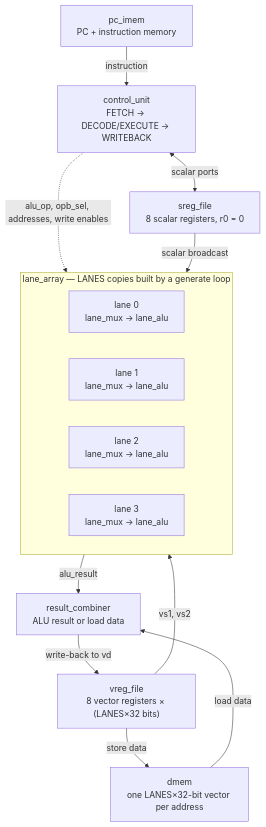
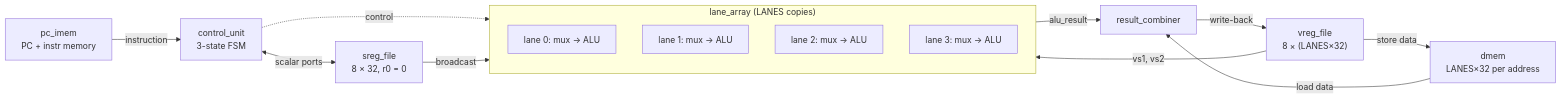
One commit to ChaitanyaSai-Meka/simd-vector-processing-unit changed the first of 2 diagrams in README.md. Above: the diagram before and after it, drawn with Mermaid.

Commit message:
docs(readme): fit architecture diagram on GitHub

````diff
--- a/README.md
+++ b/README.md
@@ -67,28 +67,21 @@
 ```mermaid
-flowchart TB
-    PC["pc_imem<br/>PC + instruction memory"]
-    CU["control_unit<br/>FETCH → DECODE/EXECUTE → WRITEBACK"]
-    SRF["sreg_file<br/>8 scalar registers, r0 = 0"]
-    VRF["vreg_file<br/>8 vector registers × (LANES×32 bits)"]
+flowchart LR
+    PC["pc_imem<br/>PC + instr memory"] -- "instruction" --> CU["control_unit<br/>3-state FSM"]
+    CU <-- "scalar ports" --> SRF["sreg_file<br/>8 × 32, r0 = 0"]
+    CU -. "control" .-> LA
+    VRF["vreg_file<br/>8 × (LANES×32)"] -- "vs1, vs2" --> LA
+    SRF -- "broadcast" --> LA
 
-    subgraph LA["lane_array — LANES copies built by a generate loop"]
-        direction LR
-        A0["lane 0<br/>lane_mux → lane_alu"]
-        A1["lane 1<br/>lane_mux → lane_alu"]
-        A2["lane 2<br/>lane_mux → lane_alu"]
-        A3["lane 3<br/>lane_mux → lane_alu"]
+    subgraph LA["lane_array (LANES copies)"]
+        direction TB
+        A0["lane 0: mux → ALU"]
+        A1["lane 1: mux → ALU"]
+        A2["lane 2: mux → ALU"]
+        A3["lane 3: mux → ALU"]
     end
 
-    DM["dmem<br/>one LANES×32-bit vector per address"]
-    RC["result_combiner<br/>ALU result or load data"]
-
-    PC -- "instruction" --> CU
-    CU <-- "scalar ports" --> SRF
-    CU -. "alu_op, opb_sel, addresses, write enables" .-> LA
-    VRF -- "vs1, vs2" --> LA
-    SRF -- "scalar broadcast" --> LA
-    VRF -- "store data" --> DM
-    LA -- "alu_result" --> RC
+    LA -- "alu_result" --> RC["result_combiner"]
+    VRF -- "store data" --> DM["dmem<br/>LANES×32 per address"]
     DM -- "load data" --> RC
-    RC -- "write-back to vd" --> VRF
+    RC -- "write-back" --> VRF
 ```
````
